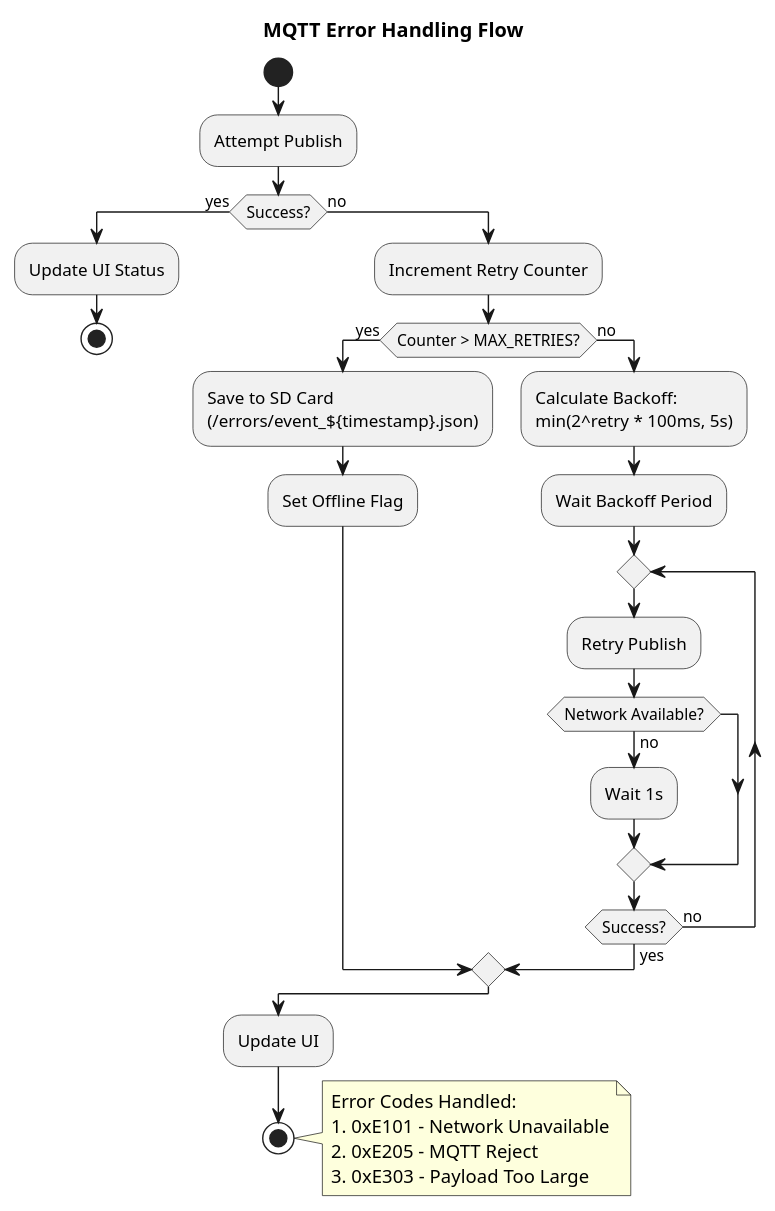
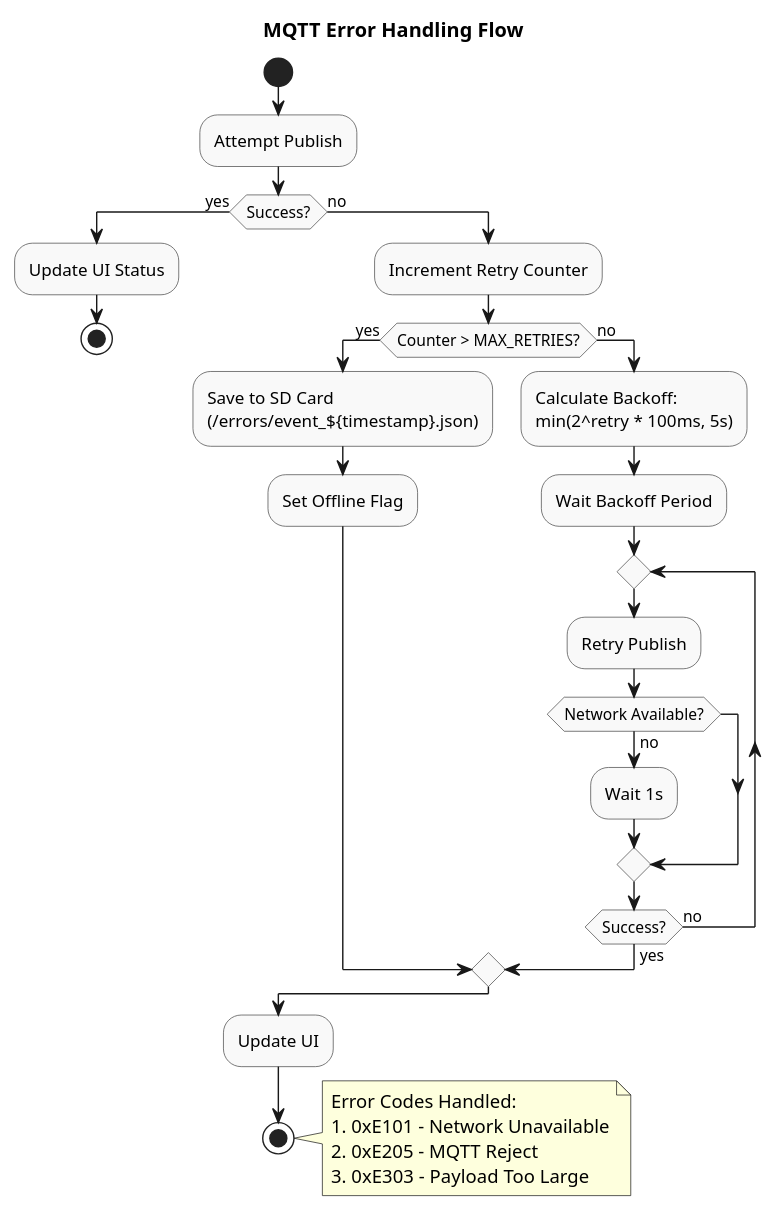
One commit to TingRubato/cydOS changed the diagram in diagrams/error_handling.puml. Above: the diagram before and after it, drawn with PlantUML. The commit also changed 3 other files, not shown here.

Commit message:
docs: add documentation headers to PlantUML diagrams

```diff
--- a/diagrams/error_handling.puml
+++ b/diagrams/error_handling.puml
@@ -1,35 +1,55 @@
 @startuml
+'/**
+' * @file error_handling.puml
+' * @brief MQTT Publish Error Recovery Flow
+' *
+' * Documents retry logic and offline handling
+' * when cloud communication fails
+' *
+' * Features:
+' * - Exponential backoff
+' * - Offline caching
+' * - Retry limits
+' * - UI status updates
+' *
+' * Error Codes:
+' * 0xE101-E199: Network errors
+' * 0xE201-E299: MQTT protocol errors
+' * 0xE301-E399: Payload errors
+' */
 title MQTT Error Handling Flow
+skinparam ActivityBackgroundColor #F9F9F9
+skinparam ActivityBorderColor #444
 
 start
 :Attempt Publish;
 if (Success?) then (yes)
   :Update UI Status;
   stop
 else (no)
   :Increment Retry Counter;
   if (Counter > MAX_RETRIES?) then (yes)
     :Save to SD Card\n(/errors/event_${timestamp}.json);
     :Set Offline Flag;
   else (no)
     :Calculate Backoff:\nmin(2^retry * 100ms, 5s);
     :Wait Backoff Period;
     repeat
       :Retry Publish;
       if (Network Available?) then (no)
         :Wait 1s;
       endif
     repeat while (Success?) is (no) not (yes)
   endif
 endif
 
 :Update UI;
 stop
 
 note right
   Error Codes Handled:
   1. 0xE101 - Network Unavailable
   2. 0xE205 - MQTT Reject
   3. 0xE303 - Payload Too Large
 end note
 @enduml
```
